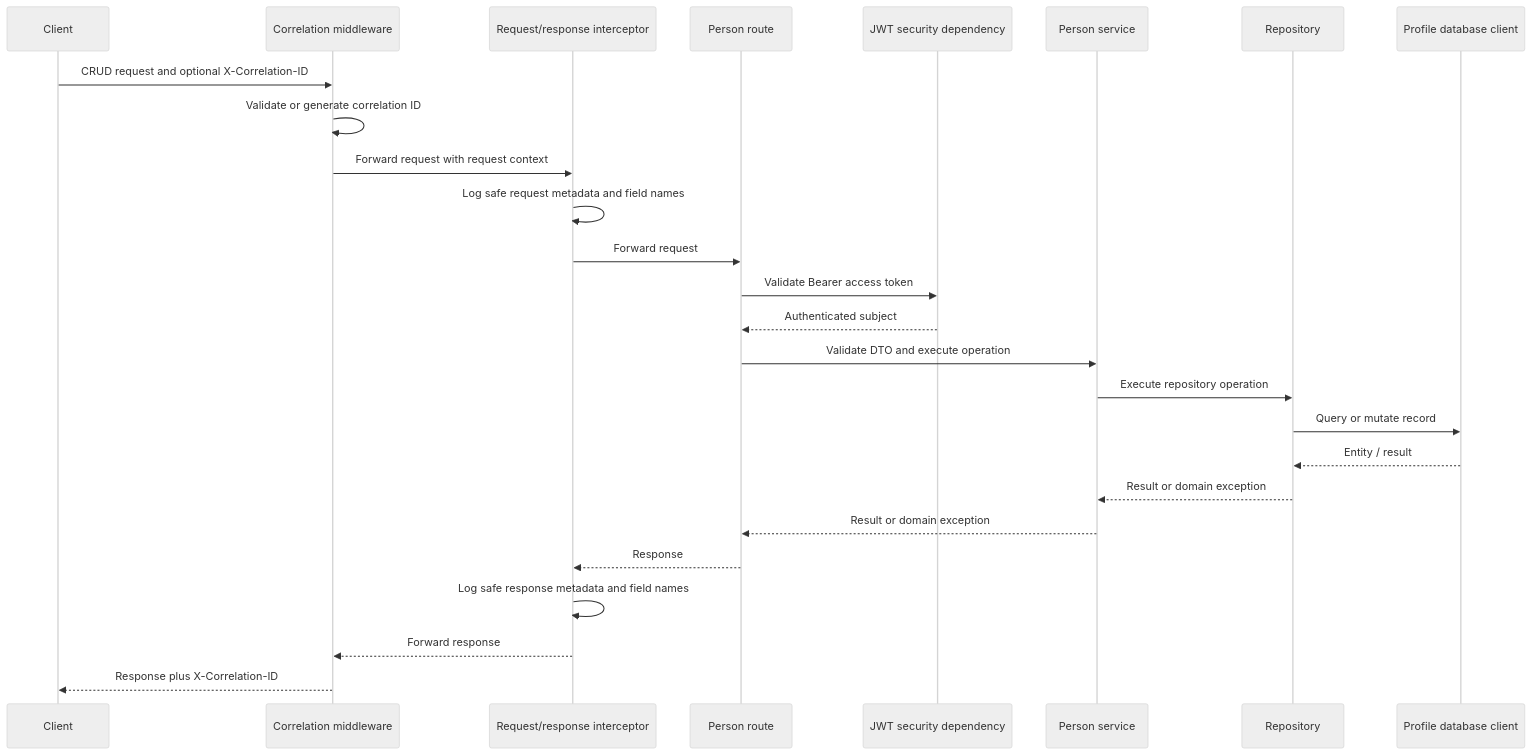
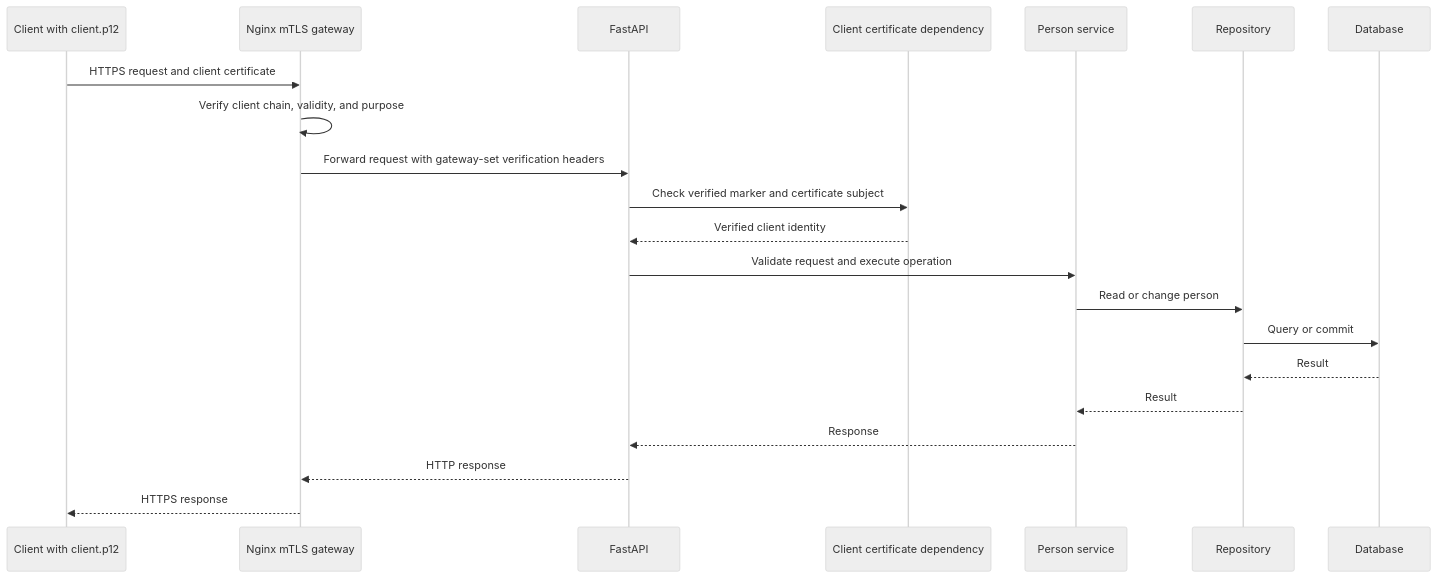
One commit to amsidhlokhande/person-management-service-python changed the second of 2 diagrams in README.md. Above: the diagram before and after it, drawn with Mermaid (neutral theme). The commit also changed other lines of this file and 15 other files, not shown here.

Commit message:
Configure mTLS certificate validation to secure all the endpoints

````diff
--- a/README.md
+++ b/README.md
@@ -142,28 +124,23 @@
 ```mermaid
 sequenceDiagram
-    participant C as Client
-    participant M as Correlation middleware
-    participant I as Request/response interceptor
-    participant R as Person route
-    participant S as JWT security dependency
+    participant C as Client with client.p12
+    participant G as Nginx mTLS gateway
+    participant A as FastAPI
+    participant S as Client certificate dependency
     participant B as Person service
     participant D as Repository
-    participant DB as Profile database client
-    C->>M: CRUD request and optional X-Correlation-ID
-    M->>M: Validate or generate correlation ID
-    M->>I: Forward request with request context
-    I->>I: Log safe request metadata and field names
-    I->>R: Forward request
-    R->>S: Validate Bearer access token
-    S-->>R: Authenticated subject
-    R->>B: Validate DTO and execute operation
-    B->>D: Execute repository operation
-    D->>DB: Query or mutate record
-    DB-->>D: Entity / result
-    D-->>B: Result or domain exception
-    B-->>R: Result or domain exception
-    R-->>I: Response
-    I->>I: Log safe response metadata and field names
-    I-->>M: Forward response
-    M-->>C: Response plus X-Correlation-ID
+    participant DB as Database
+    C->>G: HTTPS request and client certificate
+    G->>G: Verify client chain, validity, and purpose
+    G->>A: Forward request with gateway-set verification headers
+    A->>S: Check verified marker and certificate subject
+    S-->>A: Verified client identity
+    A->>B: Validate request and execute operation
+    B->>D: Read or change person
+    D->>DB: Query or commit
+    DB-->>D: Result
+    D-->>B: Result
+    B-->>A: Response
+    A-->>G: HTTP response
+    G-->>C: HTTPS response
 ```
````
